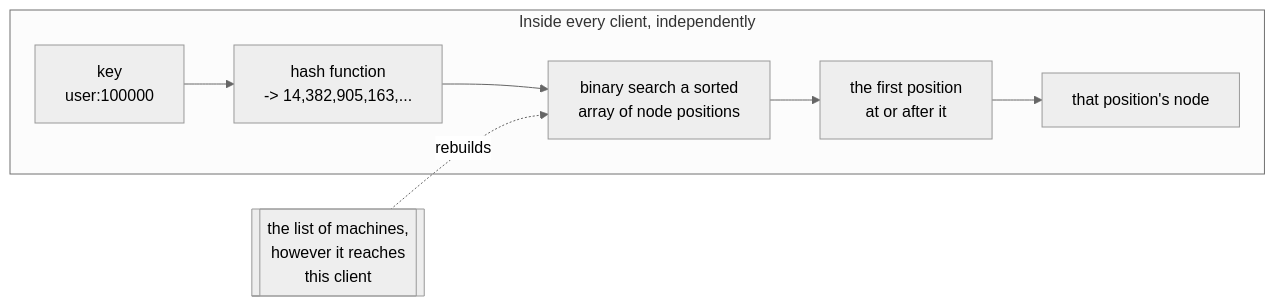
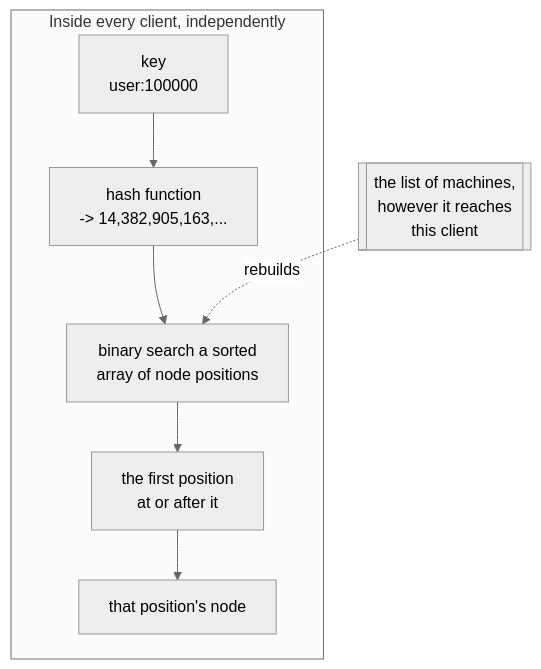
One commit to ravivarmachaluvadi/Learning changed the second of 3 diagrams in consistent-hashing/README.md. Above: the diagram before and after it, drawn with Mermaid (neutral theme). The commit also changed other lines of this file and 5 other files, not shown here.

````diff
--- a/consistent-hashing/README.md
+++ b/consistent-hashing/README.md
@@ -258,10 +362,10 @@
 ```mermaid
-flowchart LR
+flowchart TD
   subgraph client [Inside every client, independently]
-    K["key<br/>user:100000"] --> H["hash function<br/>-> 14,382,905,163,..."]
-    H --> B["binary search a sorted<br/>array of node positions"]
-    B --> O["the first position<br/>at or after it"]
+    K["key<br>user:100000"] --> H["hash function<br>-> 14,382,905,163,..."]
+    H --> B["binary search a sorted<br>array of node positions"]
+    B --> O["the first position<br>at or after it"]
     O --> N["that position's node"]
   end
-  M[["the list of machines,<br/>however it reaches<br/>this client"]] -.rebuilds.-> B
+  M[["the list of machines,<br>however it reaches<br>this client"]] -.rebuilds.-> B
 ```
````
